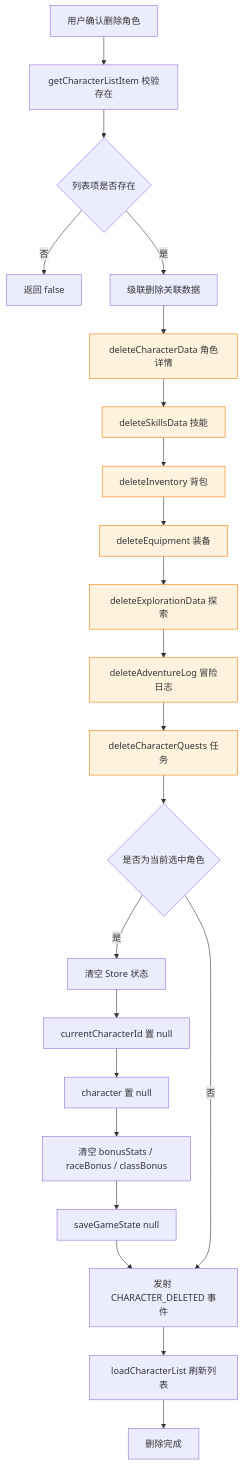
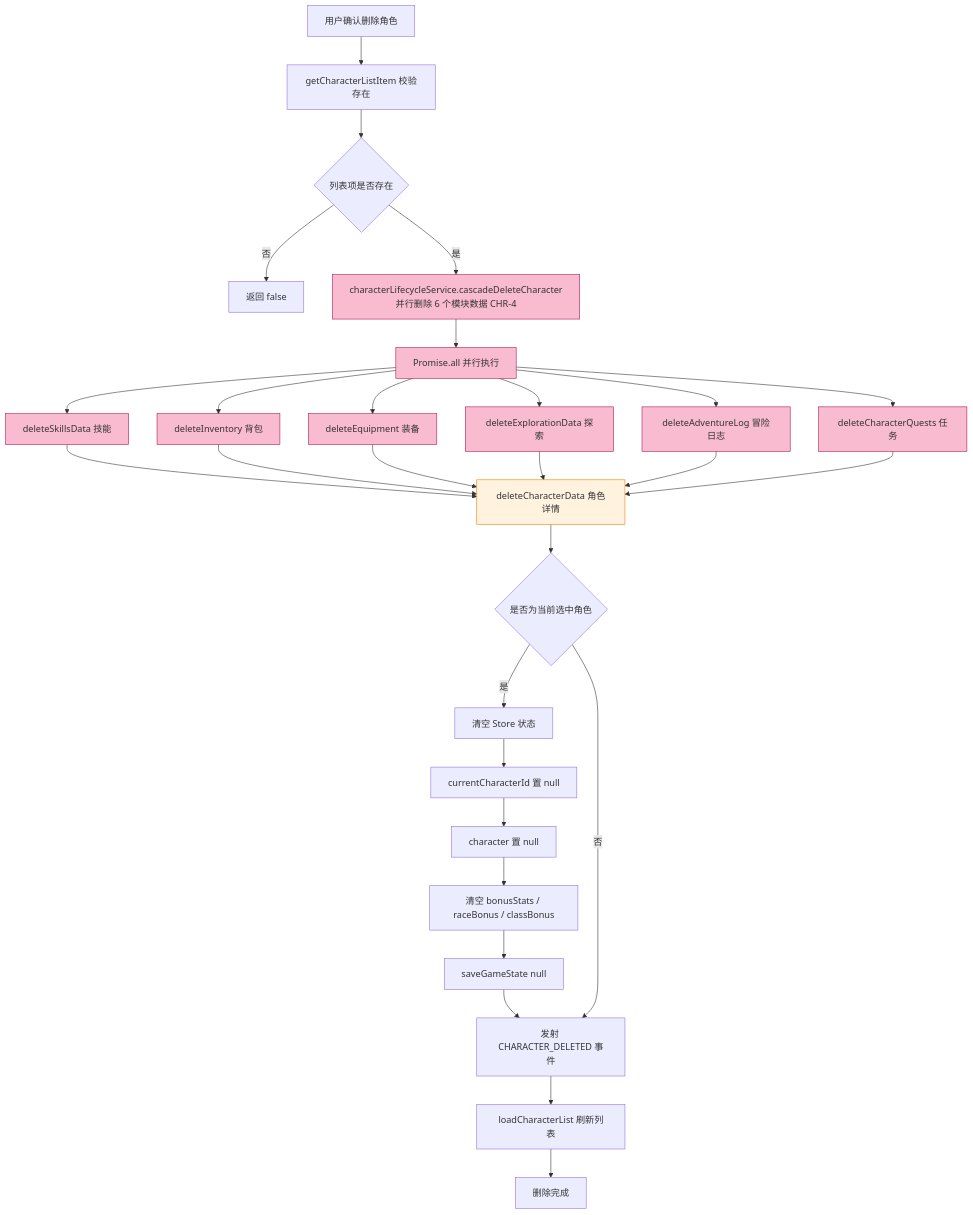
Before and after one commit to SonDemigods/wow_dnd: the fourth of 17 diagrams in doc/project/BUSINESS_PROCESSES.md, drawn with Mermaid. The commit also changed other lines of this file and 4 other files, not shown here.

````diff
--- a/doc/project/BUSINESS_PROCESSES.md
+++ b/doc/project/BUSINESS_PROCESSES.md
@@ -116,27 +119,35 @@
 ```mermaid
 flowchart TD
     A[用户确认删除角色] --> B[getCharacterListItem 校验存在]
     B --> C{列表项是否存在}
     C -- 否 --> D[返回 false]
-    C -- 是 --> E[级联删除关联数据]
-    E --> E1[deleteCharacterData 角色详情]
-    E1 --> E2[deleteSkillsData 技能]
-    E2 --> E3[deleteInventory 背包]
-    E3 --> E4[deleteEquipment 装备]
-    E4 --> E5[deleteExplorationData 探索]
-    E5 --> E6[deleteAdventureLog 冒险日志]
-    E6 --> E7[deleteCharacterQuests 任务]
-    E7 --> F{是否为当前选中角色}
-    F -- 是 --> G[清空 Store 状态]
-    G --> G1[currentCharacterId 置 null]
-    G1 --> G2[character 置 null]
-    G2 --> G3[清空 bonusStats / raceBonus / classBonus]
-    G3 --> G4[saveGameState null]
-    G4 --> H[发射 CHARACTER_DELETED 事件]
-    F -- 否 --> H
-    H --> I[loadCharacterList 刷新列表]
-    I --> J[删除完成]
+    C -- 是 --> E[characterLifecycleService.cascadeDeleteCharacter<br/>并行删除 6 个模块数据 CHR-4]
+    E --> E1[Promise.all 并行执行]
+    E1 --> E1a[deleteSkillsData 技能]
+    E1 --> E1b[deleteInventory 背包]
+    E1 --> E1c[deleteEquipment 装备]
+    E1 --> E1d[deleteExplorationData 探索]
+    E1 --> E1e[deleteAdventureLog 冒险日志]
+    E1 --> E1f[deleteCharacterQuests 任务]
+    E1a --> F[deleteCharacterData 角色详情]
+    E1b --> F
+    E1c --> F
+    E1d --> F
+    E1e --> F
+    E1f --> F
+    F --> G{是否为当前选中角色}
+    G -- 是 --> H[清空 Store 状态]
+    H --> H1[currentCharacterId 置 null]
+    H1 --> H2[character 置 null]
+    H2 --> H3[清空 bonusStats / raceBonus / classBonus]
+    H3 --> H4[saveGameState null]
+    H4 --> I[发射 CHARACTER_DELETED 事件]
+    G -- 否 --> I
+    I --> J[loadCharacterList 刷新列表]
+    J --> K[删除完成]
 
     classDef cascade fill:#fff3e0,stroke:#f57c00
-    class E1,E2,E3,E4,E5,E6,E7 cascade
+    classDef svc fill:#f8bbd0,stroke:#ad1457
+    class E,E1,E1a,E1b,E1c,E1d,E1e,E1f svc
+    class F cascade
 ```
````
